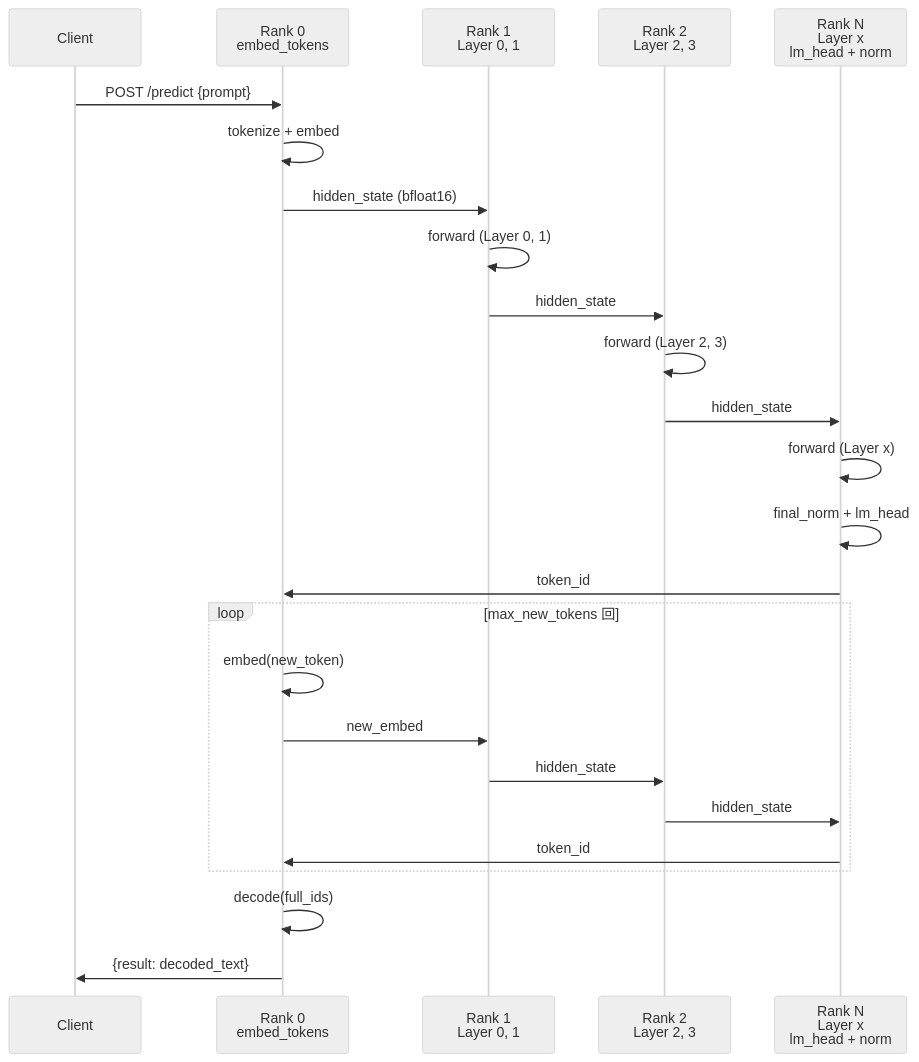
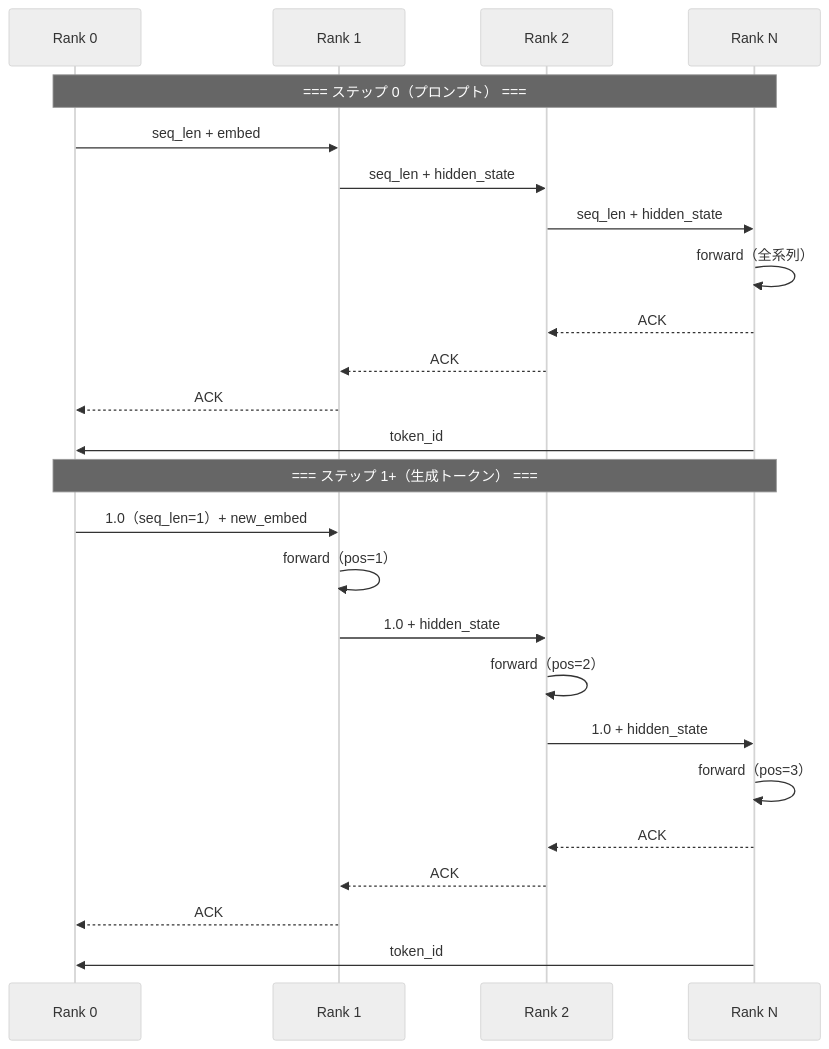
The second of 7 diagrams in README.md (babcs2035/distributed-llm), drawn with Mermaid (neutral theme) before and after one commit. The commit also changed other lines of this file and 17 other files, not shown here.

````diff
--- a/README.md
+++ b/README.md
@@ -162,30 +145,29 @@
 ```mermaid
 sequenceDiagram
-    participant C as Client
-    participant R0 as Rank 0<br/>embed_tokens
-    participant R1 as Rank 1<br/>Layer 0, 1
-    participant R2 as Rank 2<br/>Layer 2, 3
-    participant RN as Rank N<br/>Layer x<br/>lm_head + norm
+    participant R0 as Rank 0
+    participant R1 as Rank 1
+    participant R2 as Rank 2
+    participant RN as Rank N
 
-    C->>R0: POST /predict {prompt}
-    R0->>R0: tokenize + embed
-    R0->>R1: hidden_state (bfloat16)
-    R1->>R1: forward (Layer 0, 1)
-    R1->>R2: hidden_state
-    R2->>R2: forward (Layer 2, 3)
-    R2->>RN: hidden_state
-    RN->>RN: forward (Layer x)
-    RN->>RN: final_norm + lm_head
+    Note over R0,RN: === ステップ 0（プロンプト） ===
+    R0->>R1: seq_len + embed
+    R1->>R2: seq_len + hidden_state
+    R2->>RN: seq_len + hidden_state
+    RN->>RN: forward（全系列）
+    RN-->>R2: ACK
+    R2-->>R1: ACK
+    R1-->>R0: ACK
     RN->>R0: token_id
 
-    loop max_new_tokens 回
-        R0->>R0: embed(new_token)
-        R0->>R1: new_embed
-        R1->>R2: hidden_state
-        R2->>RN: hidden_state
-        RN->>R0: token_id
-    end
-
-    R0->>R0: decode(full_ids)
-    R0->>C: {result: decoded_text}
+    Note over R0,RN: === ステップ 1+（生成トークン） ===
+    R0->>R1: 1.0（seq_len=1）+ new_embed
+    R1->>R1: forward（pos=1）
+    R1->>R2: 1.0 + hidden_state
+    R2->>R2: forward（pos=2）
+    R2->>RN: 1.0 + hidden_state
+    RN->>RN: forward（pos=3）
+    RN-->>R2: ACK
+    R2-->>R1: ACK
+    R1-->>R0: ACK
+    RN->>R0: token_id
 ```
````
